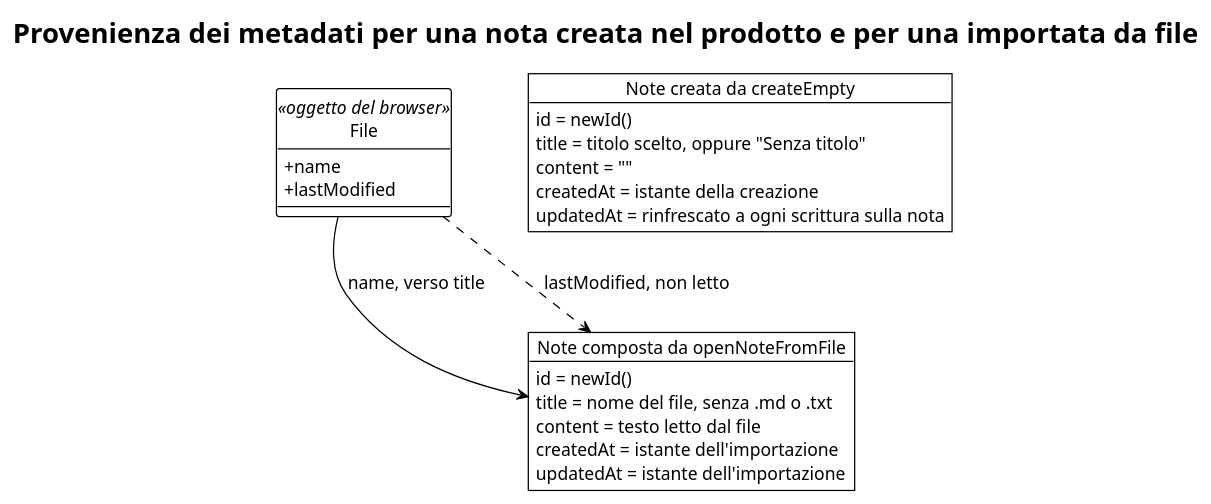
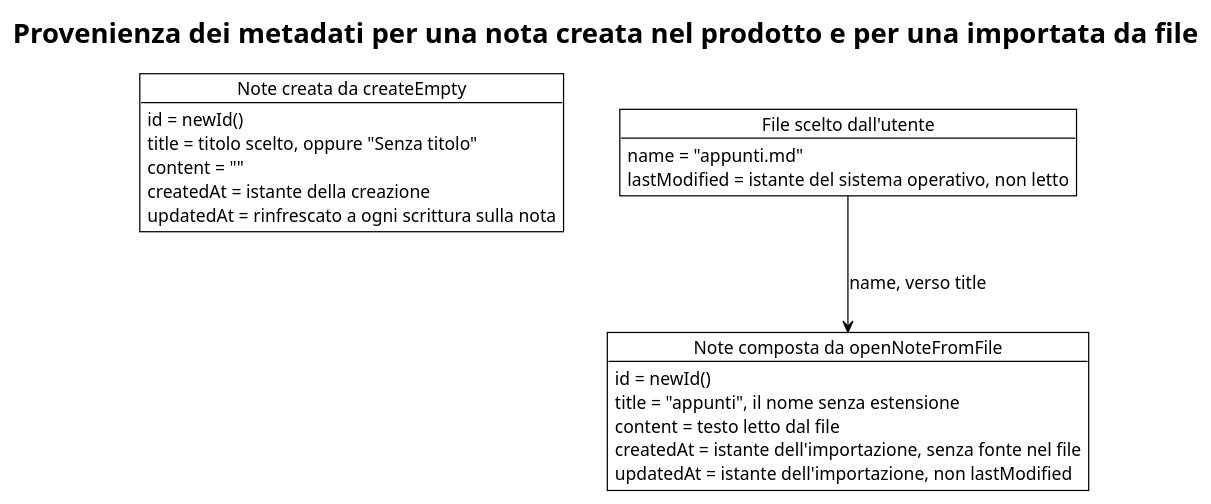
Before and after one commit to thebitless-group-swe/thebitless.github.io: the diagram in PB/doc_esterna/specifica_tecnica/assets/plantuml/UML4.4.3.puml, drawn with PlantUML. The commit also changed 15 other files, not shown here.

Commit message:
fix(ST): sistema diagrammi UML capitolo 4.4 e coerenza con relativo testo

```diff
--- a/PB/doc_esterna/specifica_tecnica/assets/plantuml/UML4.4.3.puml
+++ b/PB/doc_esterna/specifica_tecnica/assets/plantuml/UML4.4.3.puml
@@ -1,40 +1,35 @@
 @startuml
 !theme plain
 hide circle
 skinparam classAttributeIconSize 0
 skinparam shadowing false
 skinparam nodesep 45
 skinparam ranksep 60
 skinparam defaultFontSize 14
 
 title Provenienza dei metadati per una nota creata nel prodotto e per una importata da file
 
-class File <<oggetto del browser>> {
-  + name
-  + lastModified
+object "Note creata da createEmpty" as CREATA {
+  id = newId()
+  title = titolo scelto, oppure "Senza titolo"
+  content = ""
+  createdAt = istante della creazione
+  updatedAt = rinfrescato a ogni scrittura sulla nota
 }
 
-together {
-  object "Note creata da createEmpty" as CREATA {
-    id = newId()
-    title = titolo scelto, oppure "Senza titolo"
-    content = ""
-    createdAt = istante della creazione
-    updatedAt = rinfrescato a ogni scrittura sulla nota
-  }
-
-  object "Note composta da openNoteFromFile" as IMPORTATA {
-    id = newId()
-    title = nome del file, senza .md o .txt
-    content = testo letto dal file
-    createdAt = istante dell'importazione
-    updatedAt = istante dell'importazione
-  }
+object "File scelto dall'utente" as FILE {
+  name = "appunti.md"
+  lastModified = istante del sistema operativo, non letto
 }
 
-File --> IMPORTATA : name, verso title
-File ..> IMPORTATA : lastModified, non letto
+object "Note composta da openNoteFromFile" as IMPORTATA {
+  id = newId()
+  title = "appunti", il nome senza estensione
+  content = testo letto dal file
+  createdAt = istante dell'importazione, senza fonte nel file
+  updatedAt = istante dell'importazione, non lastModified
+}
 
-CREATA -[hidden]down- IMPORTATA
+FILE --> IMPORTATA : name, verso title
 
 @enduml
```
